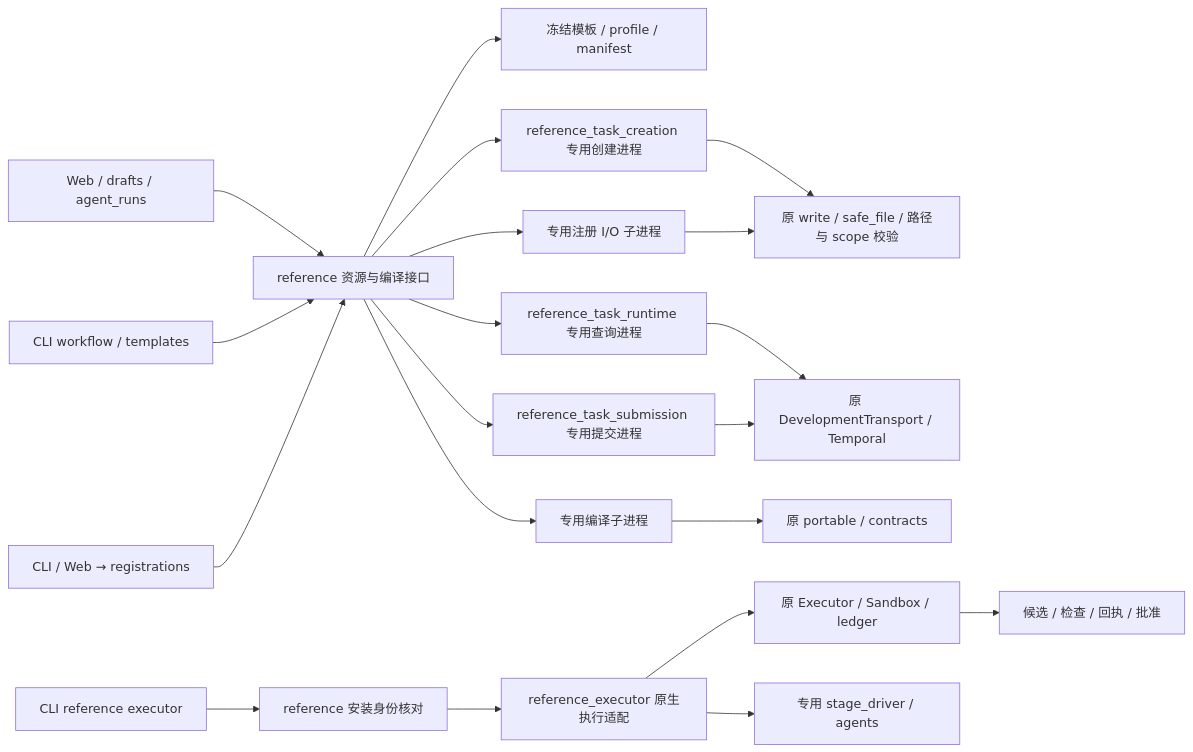
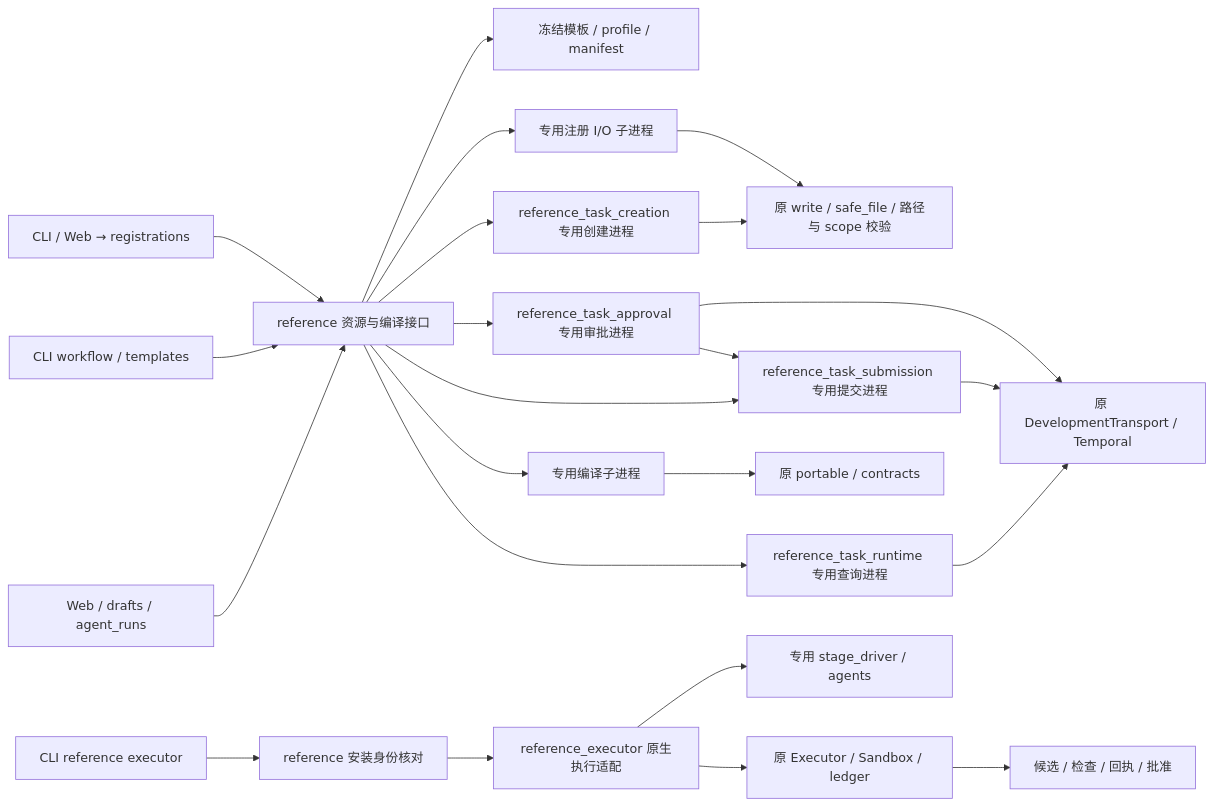
The diagram in docs/architecture/reference-boundary.md (626619403/Ergora), drawn with Mermaid before and after one commit. The commit also changed other lines of this file and 19 other files, not shown here.

````diff
--- a/docs/architecture/reference-boundary.md
+++ b/docs/architecture/reference-boundary.md
@@ -7,22 +7,25 @@
 ```mermaid
 flowchart LR
   Web[Web / drafts / agent_runs] --> Ref[reference 资源与编译接口]
   CLI[CLI workflow / templates] --> Ref
   Registration[CLI / Web → registrations] --> Ref
   Ref --> Resources[冻结模板 / profile / manifest]
   Ref --> Creation[reference_task_creation 专用创建进程]
   Creation --> Files
   Ref --> RuntimeQuery[reference_task_runtime 专用查询进程]
   RuntimeQuery --> Transport[原 DevelopmentTransport / Temporal]
   Ref --> Submission[reference_task_submission 专用提交进程]
   Submission --> Transport
+  Ref --> Approval[reference_task_approval 专用审批进程]
+  Approval --> Submission
+  Approval --> Transport
   Ref --> Compiler[专用编译子进程]
   Compiler --> Portable[原 portable / contracts]
   Ref --> Projection[专用注册 I/O 子进程]
   Projection --> Files[原 write / safe_file / 路径与 scope 校验]
   ExecCLI[CLI reference executor] --> Identity[reference 安装身份核对]
   Identity --> Bridge[reference_executor 原生执行适配]
   Bridge --> Original[原 Executor / Sandbox / ledger]
   Bridge --> Driver[专用 stage_driver / agents]
   Original --> Evidence[候选 / 检查 / 回执 / 批准]
 ```
````
